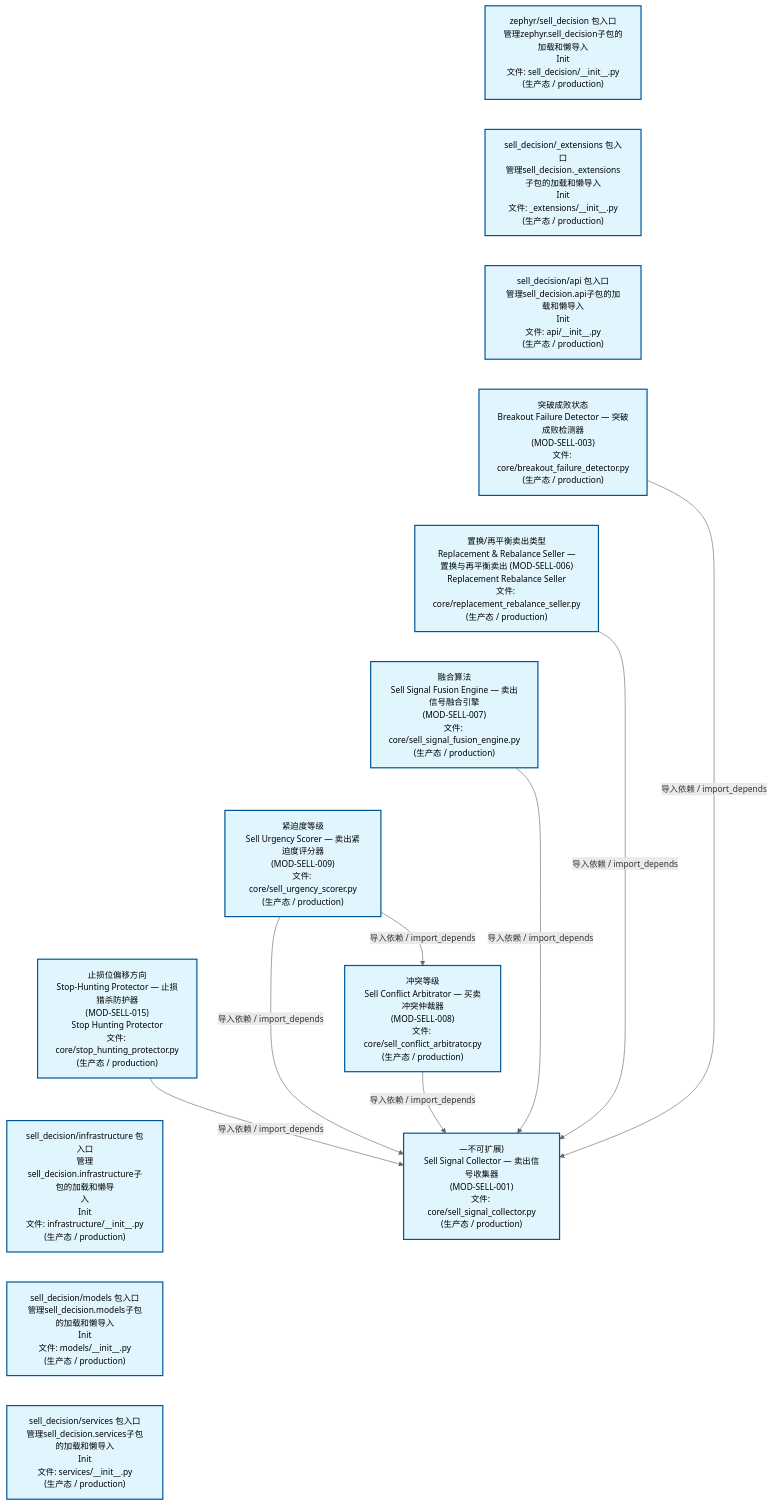
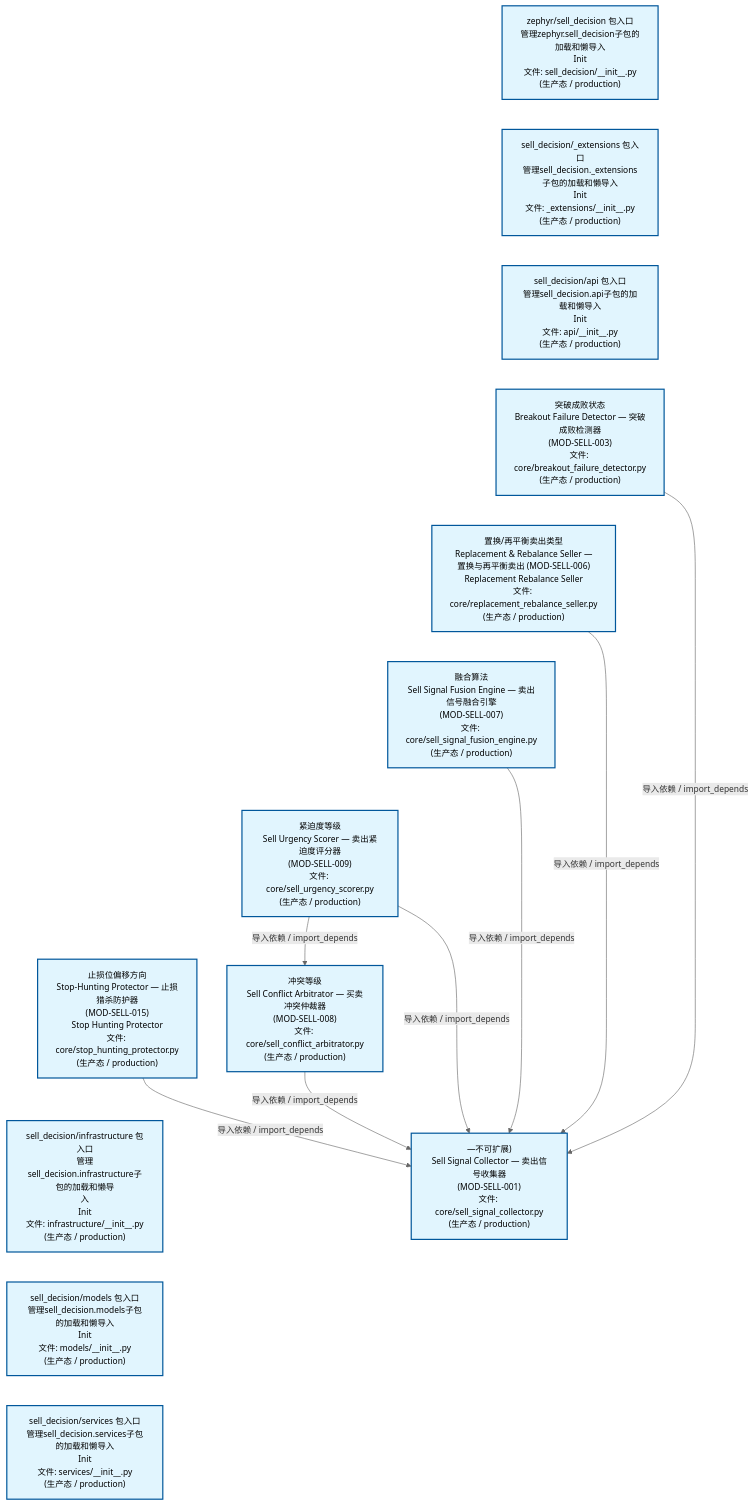
The second of 4 diagrams in docs/02_enterprise_architecture/02_domain_architecture_docs/67_d_sell_decision.md (xuanFelixVan/ZephyrAlpha), drawn with Mermaid before and after one commit. The commit also changed other lines of this file and 42 other files, not shown here.

````diff
--- a/docs/02_enterprise_architecture/02_domain_architecture_docs/67_d_sell_decision.md
+++ b/docs/02_enterprise_architecture/02_domain_architecture_docs/67_d_sell_decision.md
@@ -150,39 +150,39 @@
 ```mermaid
 %%{init: {'theme': 'base', 'themeVariables': {'primaryColor': '#eaeaea', 'primaryTextColor': '#333333', 'primaryBorderColor': '#666666', 'lineColor': '#666666', 'secondaryColor': '#eaeaea', 'tertiaryColor': '#eaeaea', 'fontSize': '14px'}}}%%
 flowchart TD
     src_zephyr_sell_decision_init_py["zephyr/sell_decision 包入口<br/>管理zephyr.sell_decision子包的加载和懒导入<br/>Init<br/>文件: sell_decision/__init__.py<br/>(生产态 / production)"]
     src_zephyr_sell_decision_extensions_init_py["sell_decision/_extensions 包入口<br/>管理sell_decision._extensions子包的加载和懒导入<br/>Init<br/>文件: _extensions/__init__.py<br/>(生产态 / production)"]
     src_zephyr_sell_decision_api_init_py["sell_decision/api 包入口<br/>管理sell_decision.api子包的加载和懒导入<br/>Init<br/>文件: api/__init__.py<br/>(生产态 / production)"]
     src_zephyr_sell_decision_core_breakout_failure_detector_py["突破成败状态<br/>Breakout Failure Detector — 突破成败检测器<br/>(MOD-SELL-003)<br/>文件: core/breakout_failure_detector.py<br/>(生产态 / production)"]
     src_zephyr_sell_decision_core_replacement_rebalance_seller_py["置换/再平衡卖出类型<br/>Replacement & Rebalance Seller —<br/>置换与再平衡卖出 (MOD-SELL-006)<br/>Replacement Rebalance Seller<br/>文件: core/replacement_rebalance_seller.py<br/>(生产态 / production)"]
     src_zephyr_sell_decision_core_sell_signal_fusion_engine_py["融合算法<br/>Sell Signal Fusion Engine — 卖出信号融合引擎<br/>(MOD-SELL-007)<br/>文件: core/sell_signal_fusion_engine.py<br/>(生产态 / production)"]
     src_zephyr_sell_decision_core_sell_urgency_scorer_py["紧迫度等级<br/>Sell Urgency Scorer — 卖出紧迫度评分器<br/>(MOD-SELL-009)<br/>文件: core/sell_urgency_scorer.py<br/>(生产态 / production)"]
     src_zephyr_sell_decision_core_stop_hunting_protector_py["止损位偏移方向<br/>Stop-Hunting Protector — 止损猎杀防护器<br/>(MOD-SELL-015)<br/>Stop Hunting Protector<br/>文件: core/stop_hunting_protector.py<br/>(生产态 / production)"]
     src_zephyr_sell_decision_infrastructure_init_py["sell_decision/infrastructure 包入口<br/>管理sell_decision.infrastructure子包的加载和懒导<br/>入<br/>Init<br/>文件: infrastructure/__init__.py<br/>(生产态 / production)"]
     src_zephyr_sell_decision_models_init_py["sell_decision/models 包入口<br/>管理sell_decision.models子包的加载和懒导入<br/>Init<br/>文件: models/__init__.py<br/>(生产态 / production)"]
     src_zephyr_sell_decision_services_init_py["sell_decision/services 包入口<br/>管理sell_decision.services子包的加载和懒导入<br/>Init<br/>文件: services/__init__.py<br/>(生产态 / production)"]
     src_zephyr_sell_decision_init_py ~~~ src_zephyr_sell_decision_extensions_init_py
     src_zephyr_sell_decision_extensions_init_py ~~~ src_zephyr_sell_decision_api_init_py
     src_zephyr_sell_decision_api_init_py ~~~ src_zephyr_sell_decision_core_breakout_failure_detector_py
     src_zephyr_sell_decision_core_breakout_failure_detector_py ~~~ src_zephyr_sell_decision_core_replacement_rebalance_seller_py
     src_zephyr_sell_decision_core_replacement_rebalance_seller_py ~~~ src_zephyr_sell_decision_core_sell_signal_fusion_engine_py
     src_zephyr_sell_decision_core_sell_signal_fusion_engine_py ~~~ src_zephyr_sell_decision_core_sell_urgency_scorer_py
     src_zephyr_sell_decision_core_sell_urgency_scorer_py ~~~ src_zephyr_sell_decision_core_stop_hunting_protector_py
     src_zephyr_sell_decision_core_stop_hunting_protector_py ~~~ src_zephyr_sell_decision_infrastructure_init_py
     src_zephyr_sell_decision_infrastructure_init_py ~~~ src_zephyr_sell_decision_models_init_py
     src_zephyr_sell_decision_models_init_py ~~~ src_zephyr_sell_decision_services_init_py
     src_zephyr_sell_decision_core_sell_conflict_arbitrator_py["冲突等级<br/>Sell Conflict Arbitrator — 买卖冲突仲裁器<br/>(MOD-SELL-008)<br/>文件: core/sell_conflict_arbitrator.py<br/>(生产态 / production)"]
     src_zephyr_sell_decision_core_sell_signal_collector_py["—不可扩展)<br/>Sell Signal Collector — 卖出信号收集器<br/>(MOD-SELL-001)<br/>文件: core/sell_signal_collector.py<br/>(生产态 / production)"]
+    src_zephyr_sell_decision_core_sell_conflict_arbitrator_py -->|导入依赖 / import_depends| src_zephyr_sell_decision_core_sell_signal_collector_py
+    src_zephyr_sell_decision_core_replacement_rebalance_seller_py -->|导入依赖 / import_depends| src_zephyr_sell_decision_core_sell_signal_collector_py
     src_zephyr_sell_decision_core_sell_signal_fusion_engine_py -->|导入依赖 / import_depends| src_zephyr_sell_decision_core_sell_signal_collector_py
-    src_zephyr_sell_decision_core_replacement_rebalance_seller_py -->|导入依赖 / import_depends| src_zephyr_sell_decision_core_sell_signal_collector_py
     src_zephyr_sell_decision_core_breakout_failure_detector_py -->|导入依赖 / import_depends| src_zephyr_sell_decision_core_sell_signal_collector_py
+    src_zephyr_sell_decision_core_sell_urgency_scorer_py -->|导入依赖 / import_depends| src_zephyr_sell_decision_core_sell_conflict_arbitrator_py
+    src_zephyr_sell_decision_core_sell_urgency_scorer_py -->|导入依赖 / import_depends| src_zephyr_sell_decision_core_sell_signal_collector_py
     src_zephyr_sell_decision_core_stop_hunting_protector_py -->|导入依赖 / import_depends| src_zephyr_sell_decision_core_sell_signal_collector_py
-    src_zephyr_sell_decision_core_sell_urgency_scorer_py -->|导入依赖 / import_depends| src_zephyr_sell_decision_core_sell_signal_collector_py
-    src_zephyr_sell_decision_core_sell_urgency_scorer_py -->|导入依赖 / import_depends| src_zephyr_sell_decision_core_sell_conflict_arbitrator_py
-    src_zephyr_sell_decision_core_sell_conflict_arbitrator_py -->|导入依赖 / import_depends| src_zephyr_sell_decision_core_sell_signal_collector_py
     classDef production fill:#e1f5fe,stroke:#01579b,stroke-width:2px,color:#000
     classDef design fill:#fff3e0,stroke:#e65100,stroke-width:2px,color:#000,stroke-dasharray: 5 5
     classDef external_prod fill:#e8f4fd,stroke:#0277bd,stroke-width:1px,color:#000
     classDef external_design fill:#fff8e7,stroke:#ef6c00,stroke-width:1px,color:#000,stroke-dasharray: 5 5
     class src_zephyr_sell_decision_init_py,src_zephyr_sell_decision_extensions_init_py,src_zephyr_sell_decision_api_init_py,src_zephyr_sell_decision_core_breakout_failure_detector_py,src_zephyr_sell_decision_core_replacement_rebalance_seller_py,src_zephyr_sell_decision_core_sell_conflict_arbitrator_py,src_zephyr_sell_decision_core_sell_signal_collector_py,src_zephyr_sell_decision_core_sell_signal_fusion_engine_py,src_zephyr_sell_decision_core_sell_urgency_scorer_py,src_zephyr_sell_decision_core_stop_hunting_protector_py,src_zephyr_sell_decision_infrastructure_init_py,src_zephyr_sell_decision_models_init_py,src_zephyr_sell_decision_services_init_py production
 ```
````
